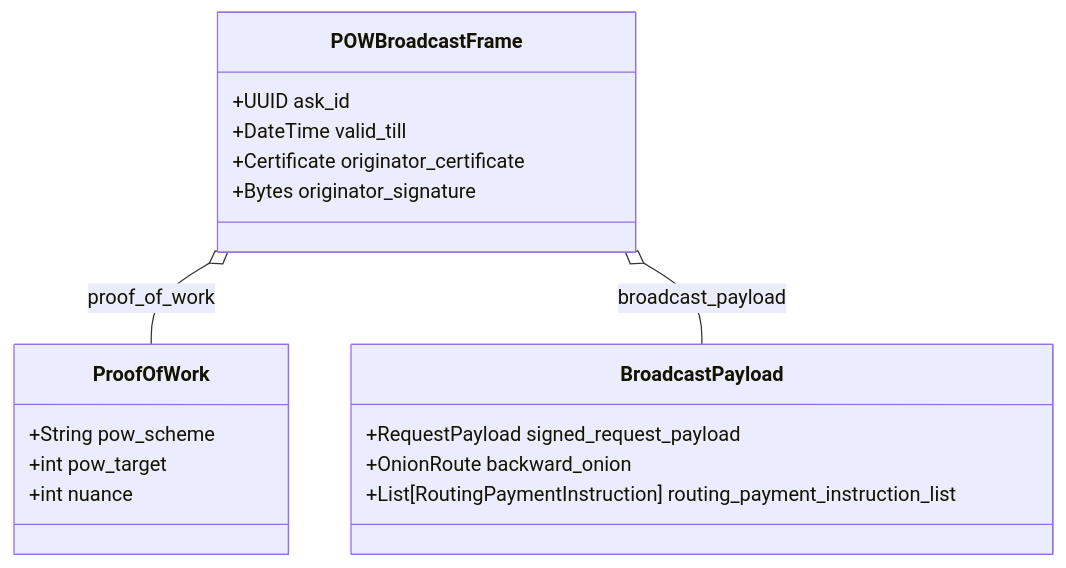
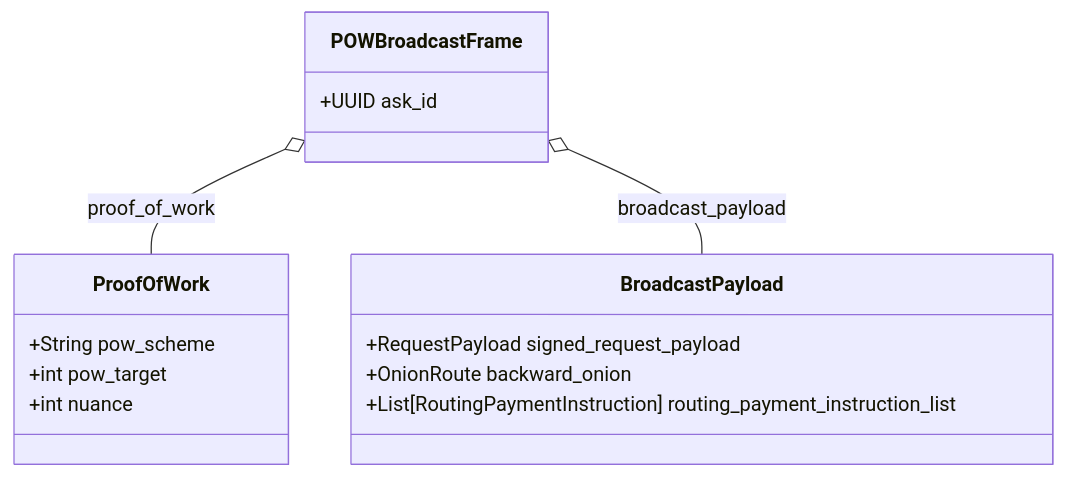
Before and after one commit to DontTrustVerifyOrg/gig-gossip: the sixth of 9 diagrams in whitepaper/protocol.md, drawn with Mermaid. The commit also changed other lines of this file and 2 other files, not shown here.

````diff
--- a/whitepaper/protocol.md
+++ b/whitepaper/protocol.md
@@ -174,21 +177,18 @@
 ```mermaid
 classDiagram
     class BroadcastPayload{
         +RequestPayload signed_request_payload
         +OnionRoute backward_onion
         +List[RoutingPaymentInstruction] routing_payment_instruction_list
     }
     class ProofOfWork{
         +String pow_scheme
         +int pow_target
         +int nuance
     }
     class POWBroadcastFrame{
         +UUID ask_id
-        +DateTime valid_till
-        +Certificate originator_certificate
-        +Bytes originator_signature
     }
     POWBroadcastFrame  o--  ProofOfWork : proof_of_work
     POWBroadcastFrame  o--  BroadcastPayload : broadcast_payload
 ```
````
